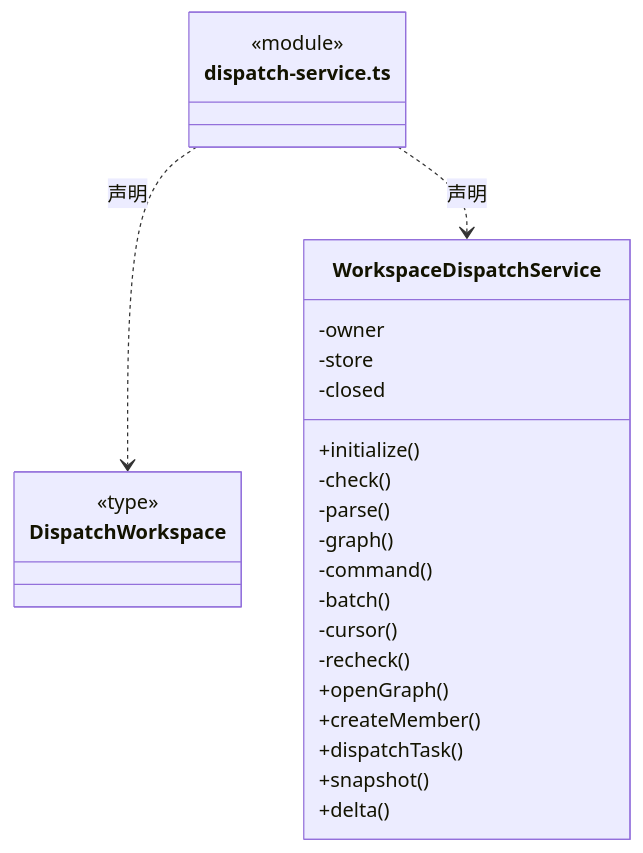
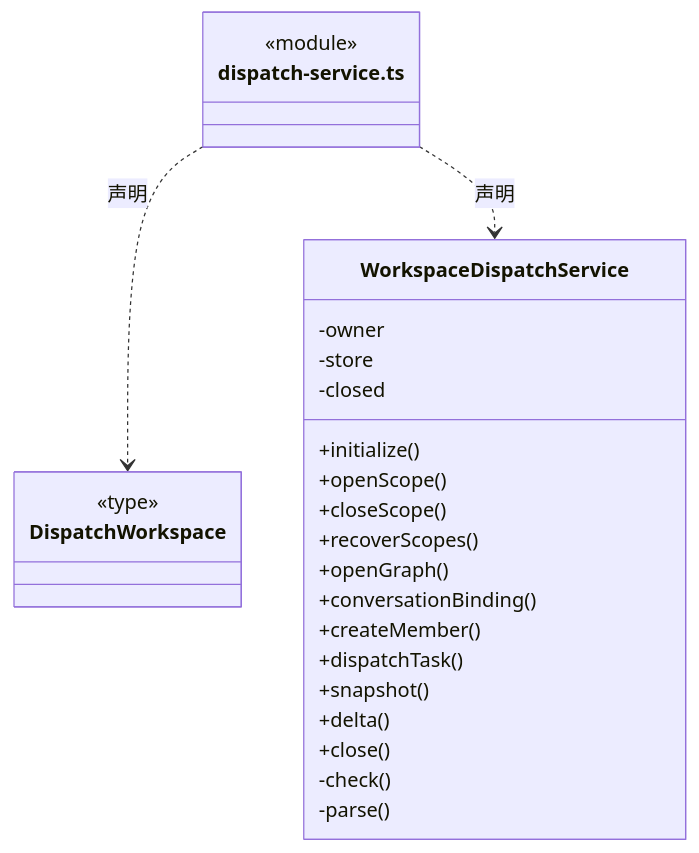
The fourth of 26 diagrams in src/backend/scheduler-engine/execution/ARCHITECTURE.md (nan023062/cbim), drawn with Mermaid before and after one commit. The commit also changed other lines of this file and 240 other files, not shown here.

````diff
--- a/src/backend/scheduler-engine/execution/ARCHITECTURE.md
+++ b/src/backend/scheduler-engine/execution/ARCHITECTURE.md
@@ -33,30 +131,30 @@
 ```mermaid
 classDiagram
 class N_src_backend_scheduler_engine_execution_dispatch_service_ts["dispatch-service.ts"] {
   <<module>>
 }
 class N_src_backend_scheduler_engine_execution_dispatch_service_ts_DispatchWorkspace["DispatchWorkspace"] {
   <<type>>
 
 }
 N_src_backend_scheduler_engine_execution_dispatch_service_ts ..> N_src_backend_scheduler_engine_execution_dispatch_service_ts_DispatchWorkspace : 声明
 class N_src_backend_scheduler_engine_execution_dispatch_service_ts_WorkspaceDispatchService["WorkspaceDispatchService"] {
-  -owner
-  -store
-  -closed
   +initialize()
-  -check()
-  -parse()
-  -graph()
-  -command()
-  -batch()
-  -cursor()
-  -recheck()
+  +openScope()
+  +closeScope()
+  +recoverScopes()
   +openGraph()
+  +conversationBinding()
   +createMember()
   +dispatchTask()
   +snapshot()
   +delta()
+  +close()
+  -owner
+  -store
+  -closed
+  -check()
+  -parse()
 }
 N_src_backend_scheduler_engine_execution_dispatch_service_ts ..> N_src_backend_scheduler_engine_execution_dispatch_service_ts_WorkspaceDispatchService : 声明
 ```
````
